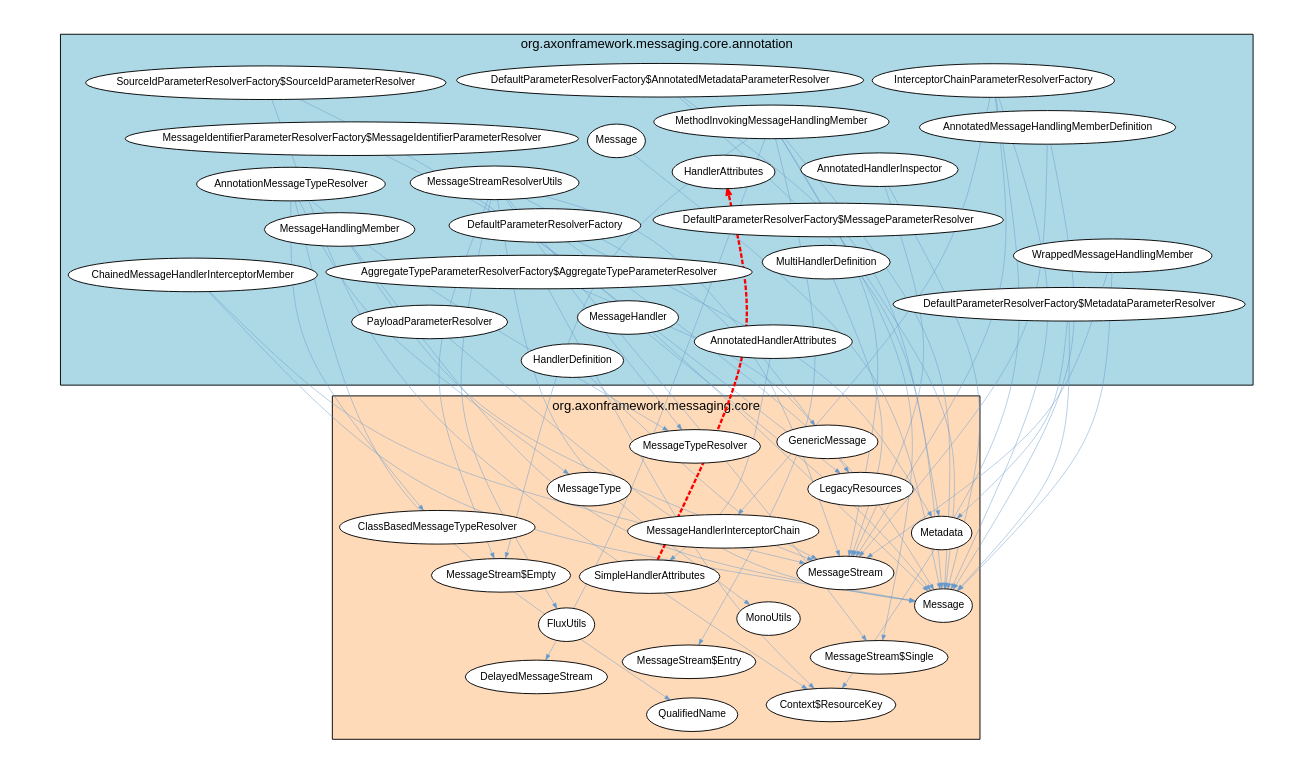
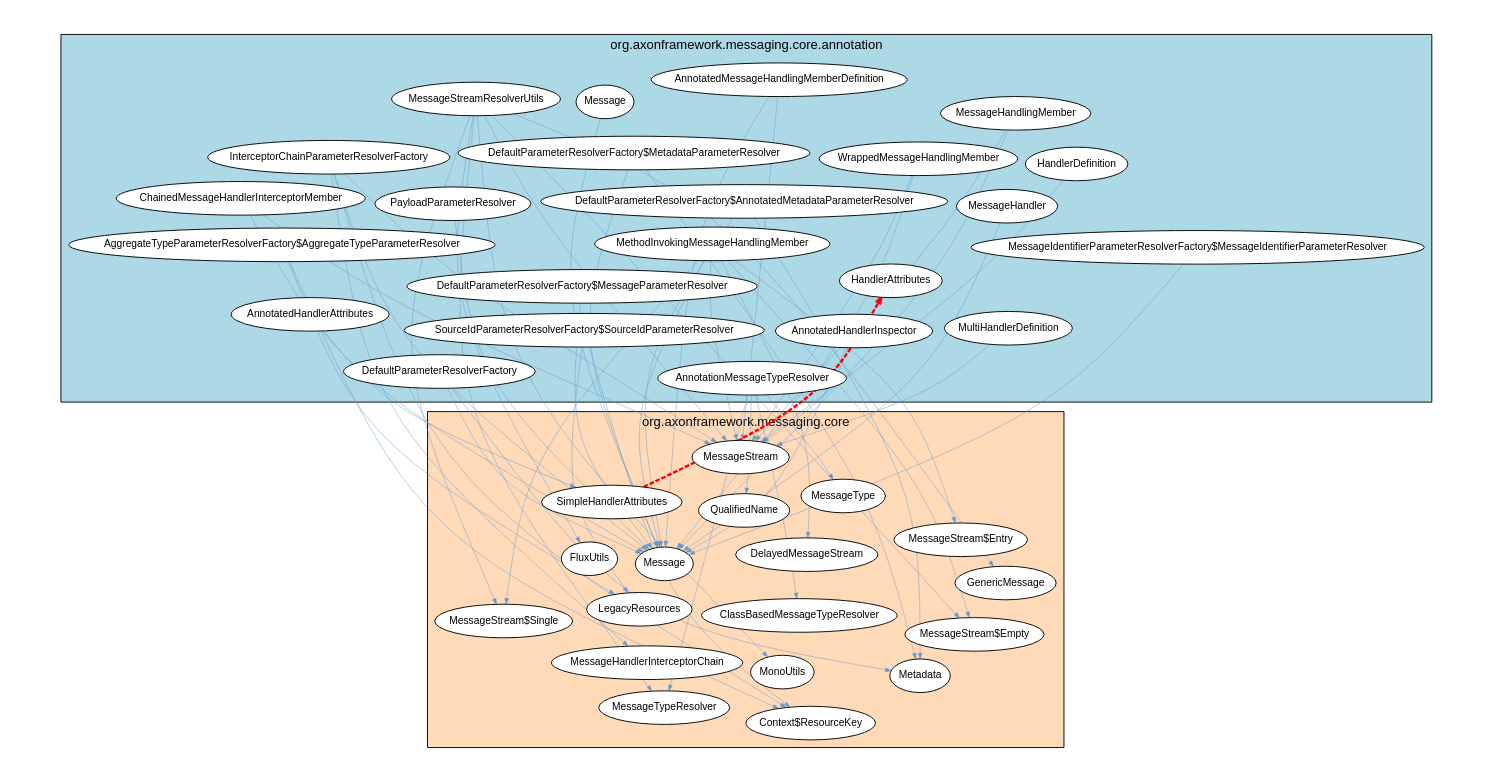
The diagram in analysis-results/AxonFramework/latest/cyclic-dependencies/Java_Package/Graph_Visualizations/graphviz/JavaPackageCyclicDependencies1.gv (JohT/code-graph-analysis-examples), drawn with Graphviz before and after one commit. The commit also changed other lines of this file and 827 other files, not shown here.

```diff
--- a/analysis-results/AxonFramework/latest/cyclic-dependencies/Java_Package/Graph_Visualizations/graphviz/JavaPackageCyclicDependencies1.gv
+++ b/analysis-results/AxonFramework/latest/cyclic-dependencies/Java_Package/Graph_Visualizations/graphviz/JavaPackageCyclicDependencies1.gv
@@ -1,111 +1,111 @@
 strict digraph cycle {
     graph [layout = "fdp"; start = "7"; splines = "curved"; pad = "0.8,0.4"; outputorder = "edgesfirst";];
     graph [fontname = "Helvetica,Arial,sans-serif"; labelloc = "t";];
     node [fontname = "Helvetica,Arial,sans-serif"; style = "filled"; fillcolor = "white";];
     node [fontsize = 11; margin = "0.05,0.05";];
     edge [fontsize = 9; arrowsize = "0.6";];
 
     subgraph cluster_package {
         label="org.axonframework.messaging.core.annotation";
         style="filled";
         fillcolor="lightblue";
         "MethodInvokingMessageHandlingMember";
         "WrappedMessageHandlingMember";
         "AnnotatedMessageHandlingMemberDefinition";
+        "MessageHandler";
         "MessageIdentifierParameterResolverFactory$MessageIdentifierParameterResolver";
-        "MessageHandler";
         "DefaultParameterResolverFactory$MessageParameterResolver";
         "AggregateTypeParameterResolverFactory$AggregateTypeParameterResolver";
         "MessageHandlingMember";
         "ChainedMessageHandlerInterceptorMember";
         "DefaultParameterResolverFactory";
+        "InterceptorChainParameterResolverFactory";
         "Message_pkg" [label="Message"];
-        "InterceptorChainParameterResolverFactory";
         "SourceIdParameterResolverFactory$SourceIdParameterResolver";
+        "MultiHandlerDefinition";
         "AnnotatedHandlerInspector";
-        "MultiHandlerDefinition";
         "HandlerAttributes";
         "HandlerDefinition";
         "MessageStreamResolverUtils";
         "PayloadParameterResolver";
         "DefaultParameterResolverFactory$MetadataParameterResolver";
+        "AnnotatedHandlerAttributes";
         "DefaultParameterResolverFactory$AnnotatedMetadataParameterResolver";
-        "AnnotatedHandlerAttributes";
         "AnnotationMessageTypeResolver";
     }
 
     subgraph cluster_dependent {
         label="org.axonframework.messaging.core";
         style="filled";
         fillcolor="peachpuff";
         "LegacyResources";
         "MessageHandlerInterceptorChain";
+        "Context$ResourceKey";
         "ClassBasedMessageTypeResolver";
-        "Context$ResourceKey";
+        "GenericMessage";
         "DelayedMessageStream";
         "MessageStream$Entry";
-        "GenericMessage";
         "Metadata";
         "QualifiedName";
         "MessageTypeResolver";
         "MessageStream";
         "SimpleHandlerAttributes";
         "FluxUtils";
         "Message_dep" [label="Message"];
         "MonoUtils";
+        "MessageStream$Single";
         "MessageStream$Empty";
-        "MessageStream$Single";
         "MessageType";
     }
 
     "ChainedMessageHandlerInterceptorMember" -> "MessageStream" [color="#6699CC"; penwidth="0.5"];
     "MessageStreamResolverUtils" -> "MessageStream$Empty" [color="#6699CC"; penwidth="0.5"];
     "MessageStreamResolverUtils" -> "FluxUtils" [color="#6699CC"; penwidth="0.5"];
     "AnnotationMessageTypeResolver" -> "MessageTypeResolver" [color="#6699CC"; penwidth="0.5"];
     "AnnotatedHandlerInspector" -> "MessageStream" [color="#6699CC"; penwidth="0.5"];
     "InterceptorChainParameterResolverFactory" -> "Message_dep" [color="#6699CC"; penwidth="0.5"];
     "MessageStreamResolverUtils" -> "GenericMessage" [color="#6699CC"; penwidth="0.5"];
     "InterceptorChainParameterResolverFactory" -> "Context$ResourceKey" [color="#6699CC"; penwidth="0.5"];
     "AnnotationMessageTypeResolver" -> "MessageType" [color="#6699CC"; penwidth="0.5"];
     "MethodInvokingMessageHandlingMember" -> "MessageStream" [color="#6699CC"; penwidth="0.5"];
     "SourceIdParameterResolverFactory$SourceIdParameterResolver" -> "LegacyResources" [color="#6699CC"; penwidth="0.5"];
     "DefaultParameterResolverFactory$MetadataParameterResolver" -> "Message_dep" [color="#6699CC"; penwidth="0.5"];
     "WrappedMessageHandlingMember" -> "Message_dep" [color="#6699CC"; penwidth="0.5"];
     "DefaultParameterResolverFactory$AnnotatedMetadataParameterResolver" -> "Metadata" [color="#6699CC"; penwidth="0.5"];
     "SourceIdParameterResolverFactory$SourceIdParameterResolver" -> "Context$ResourceKey" [color="#6699CC"; penwidth="0.5"];
     "ChainedMessageHandlerInterceptorMember" -> "Message_dep" [color="#6699CC"; penwidth="0.5"];
     "MessageIdentifierParameterResolverFactory$MessageIdentifierParameterResolver" -> "Message_dep" [color="#6699CC"; penwidth="0.5"];
     "InterceptorChainParameterResolverFactory" -> "MessageStream" [color="#6699CC"; penwidth="0.5"];
     "Message_pkg" -> "Message_dep" [color="#6699CC"; penwidth="0.5"];
     "WrappedMessageHandlingMember" -> "MessageStream" [color="#6699CC"; penwidth="0.5"];
     "AnnotationMessageTypeResolver" -> "QualifiedName" [color="#6699CC"; penwidth="0.5"];
     "AnnotatedHandlerInspector" -> "Message_dep" [color="#6699CC"; penwidth="0.5"];
+    "DefaultParameterResolverFactory$AnnotatedMetadataParameterResolver" -> "Message_dep" [color="#6699CC"; penwidth="0.5"];
     "MethodInvokingMessageHandlingMember" -> "MessageStream$Entry" [color="#6699CC"; penwidth="0.5"];
-    "DefaultParameterResolverFactory$AnnotatedMetadataParameterResolver" -> "Message_dep" [color="#6699CC"; penwidth="0.5"];
     "DefaultParameterResolverFactory" -> "Metadata" [color="#6699CC"; penwidth="0.5"];
     "MessageStreamResolverUtils" -> "MessageStream" [color="#6699CC"; penwidth="0.5"];
     "DefaultParameterResolverFactory" -> "Message_dep" [color="#6699CC"; penwidth="0.5"];
     "DefaultParameterResolverFactory$MetadataParameterResolver" -> "Metadata" [color="#6699CC"; penwidth="0.5"];
     "HandlerDefinition" -> "MessageStream" [color="#6699CC"; penwidth="0.5"];
     "AggregateTypeParameterResolverFactory$AggregateTypeParameterResolver" -> "LegacyResources" [color="#6699CC"; penwidth="0.5"];
     "MessageStreamResolverUtils" -> "MessageStream$Single" [color="#6699CC"; penwidth="0.5"];
     "MessageStreamResolverUtils" -> "MessageTypeResolver" [color="#6699CC"; penwidth="0.5"];
     "AnnotatedHandlerAttributes" -> "SimpleHandlerAttributes" [color="#6699CC"; penwidth="0.5"];
     "MethodInvokingMessageHandlingMember" -> "DelayedMessageStream" [color="#6699CC"; penwidth="0.5"];
     "MessageStreamResolverUtils" -> "MonoUtils" [color="#6699CC"; penwidth="0.5"];
     "MessageHandlingMember" -> "MessageStream" [color="#6699CC"; penwidth="0.5"];
     "AnnotationMessageTypeResolver" -> "ClassBasedMessageTypeResolver" [color="#6699CC"; penwidth="0.5"];
     "MethodInvokingMessageHandlingMember" -> "MessageStream$Empty" [color="#6699CC"; penwidth="0.5"];
     "AnnotatedMessageHandlingMemberDefinition" -> "MessageStream" [color="#6699CC"; penwidth="0.5"];
     "MethodInvokingMessageHandlingMember" -> "Message_dep" [color="#6699CC"; penwidth="0.5"];
     "InterceptorChainParameterResolverFactory" -> "MessageHandlerInterceptorChain" [color="#6699CC"; penwidth="0.5"];
     "MultiHandlerDefinition" -> "MessageStream" [color="#6699CC"; penwidth="0.5"];
     "MessageHandler" -> "Message_dep" [color="#6699CC"; penwidth="0.5"];
     "AnnotatedMessageHandlingMemberDefinition" -> "Message_dep" [color="#6699CC"; penwidth="0.5"];
     "MessageHandlingMember" -> "Message_dep" [color="#6699CC"; penwidth="0.5"];
     "AggregateTypeParameterResolverFactory$AggregateTypeParameterResolver" -> "Context$ResourceKey" [color="#6699CC"; penwidth="0.5"];
     "DefaultParameterResolverFactory$MessageParameterResolver" -> "Message_dep" [color="#6699CC"; penwidth="0.5"];
     "PayloadParameterResolver" -> "Message_dep" [color="#6699CC"; penwidth="0.5"];
     "MethodInvokingMessageHandlingMember" -> "MessageStream$Single" [color="#6699CC"; penwidth="0.5"];
     "SimpleHandlerAttributes" -> "HandlerAttributes" [color="red"; penwidth="2.5"; style="dashed";];
 }
```
